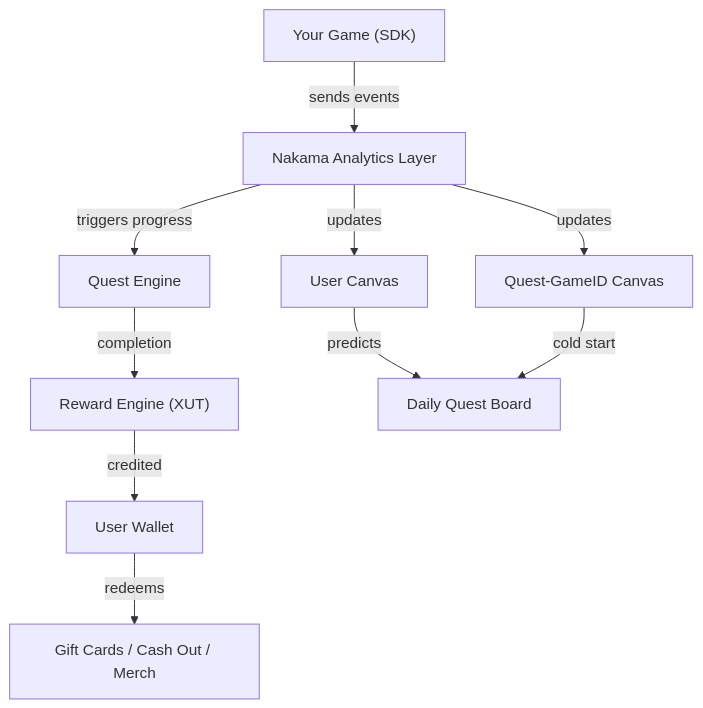
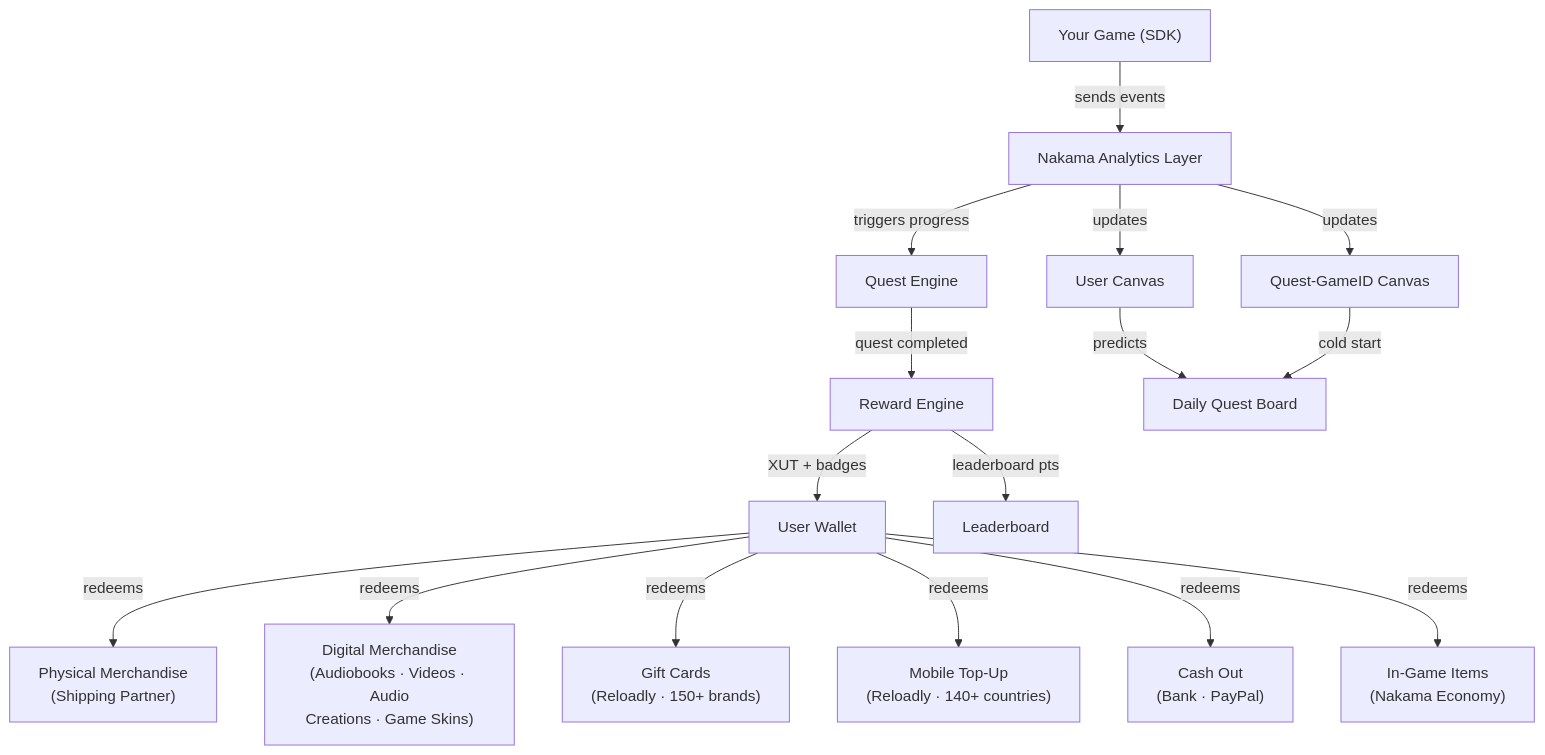
Before and after one commit to intelli-verse-x/Intelli-verse-X-SDK: the diagram in docs/modules/quest.md, drawn with Mermaid. The commit also changed other lines of this file and 3 other files, not shown here.

First line of the commit message:
docs: expand rewards layer with digital merchandise + updated architecture diagram

````diff
--- a/docs/modules/quest.md
+++ b/docs/modules/quest.md
@@ -31,12 +31,21 @@
 ```mermaid
 flowchart TD
     GameSDK["Your Game (SDK)"] -->|"sends events"| Nakama["Nakama Analytics Layer"]
     Nakama -->|"updates"| UserCanvas["User Canvas"]
     Nakama -->|"updates"| GameCanvas["Quest-GameID Canvas"]
     Nakama -->|"triggers progress"| QuestEngine["Quest Engine"]
-    QuestEngine -->|"completion"| RewardEngine["Reward Engine (XUT)"]
-    RewardEngine -->|"credited"| Wallet["User Wallet"]
-    Wallet -->|"redeems"| Redemption["Gift Cards / Cash Out / Merch"]
+
+    QuestEngine -->|"quest completed"| RewardEngine["Reward Engine"]
+    RewardEngine -->|"XUT + badges"| Wallet["User Wallet"]
+    RewardEngine -->|"leaderboard pts"| Leaderboard["Leaderboard"]
+
+    Wallet -->|"redeems"| PhysicalRedemption["Physical Merchandise\n(Shipping Partner)"]
+    Wallet -->|"redeems"| DigitalRedemption["Digital Merchandise\n(Audiobooks · Videos · Audio\nCreations · Game Skins)"]
+    Wallet -->|"redeems"| GiftCards["Gift Cards\n(Reloadly · 150+ brands)"]
+    Wallet -->|"redeems"| MobileTopUp["Mobile Top-Up\n(Reloadly · 140+ countries)"]
+    Wallet -->|"redeems"| CashOut["Cash Out\n(Bank · PayPal)"]
+    Wallet -->|"redeems"| InGameItems["In-Game Items\n(Nakama Economy)"]
+
     UserCanvas -->|"predicts"| DailyBoard["Daily Quest Board"]
     GameCanvas -->|"cold start"| DailyBoard
 ```
````
